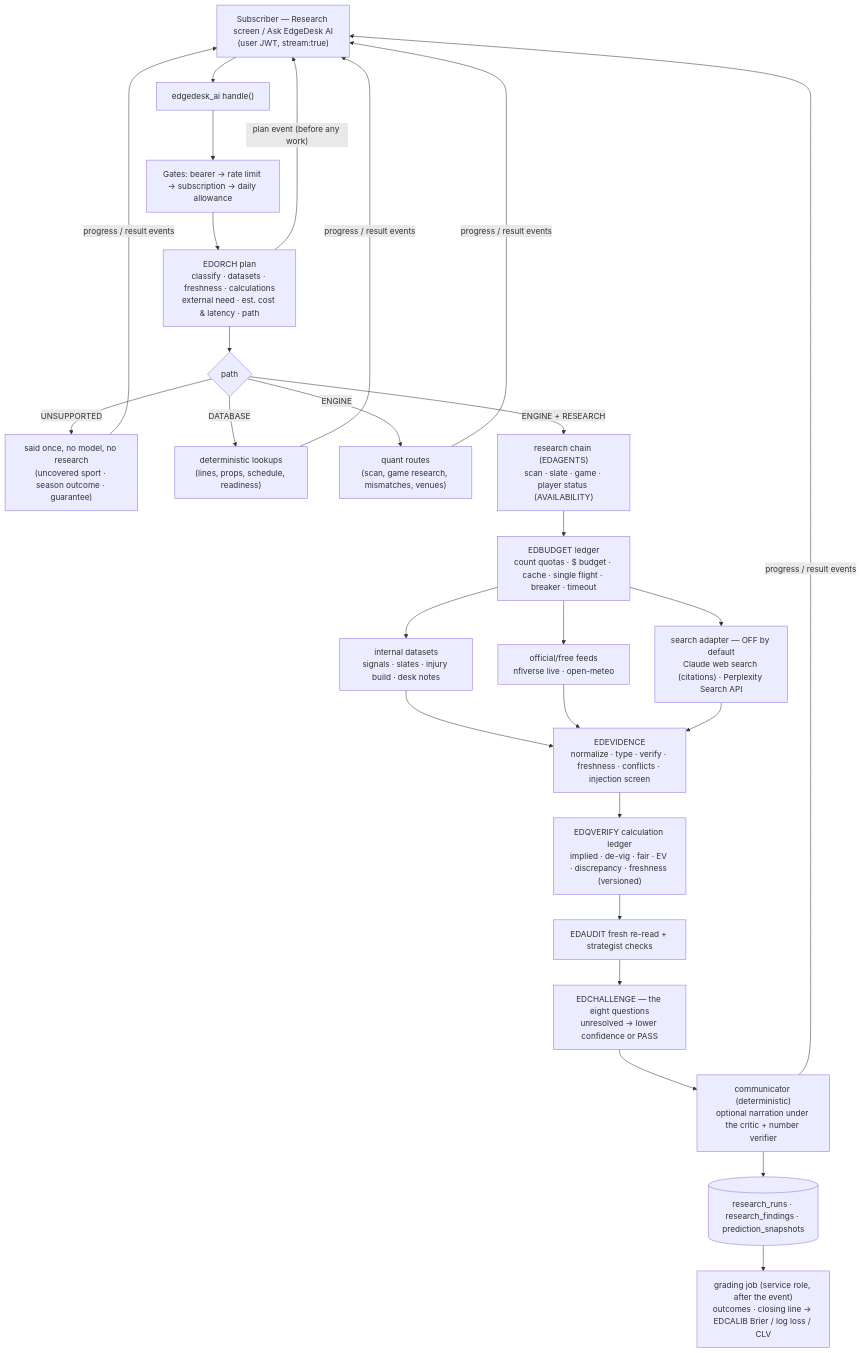
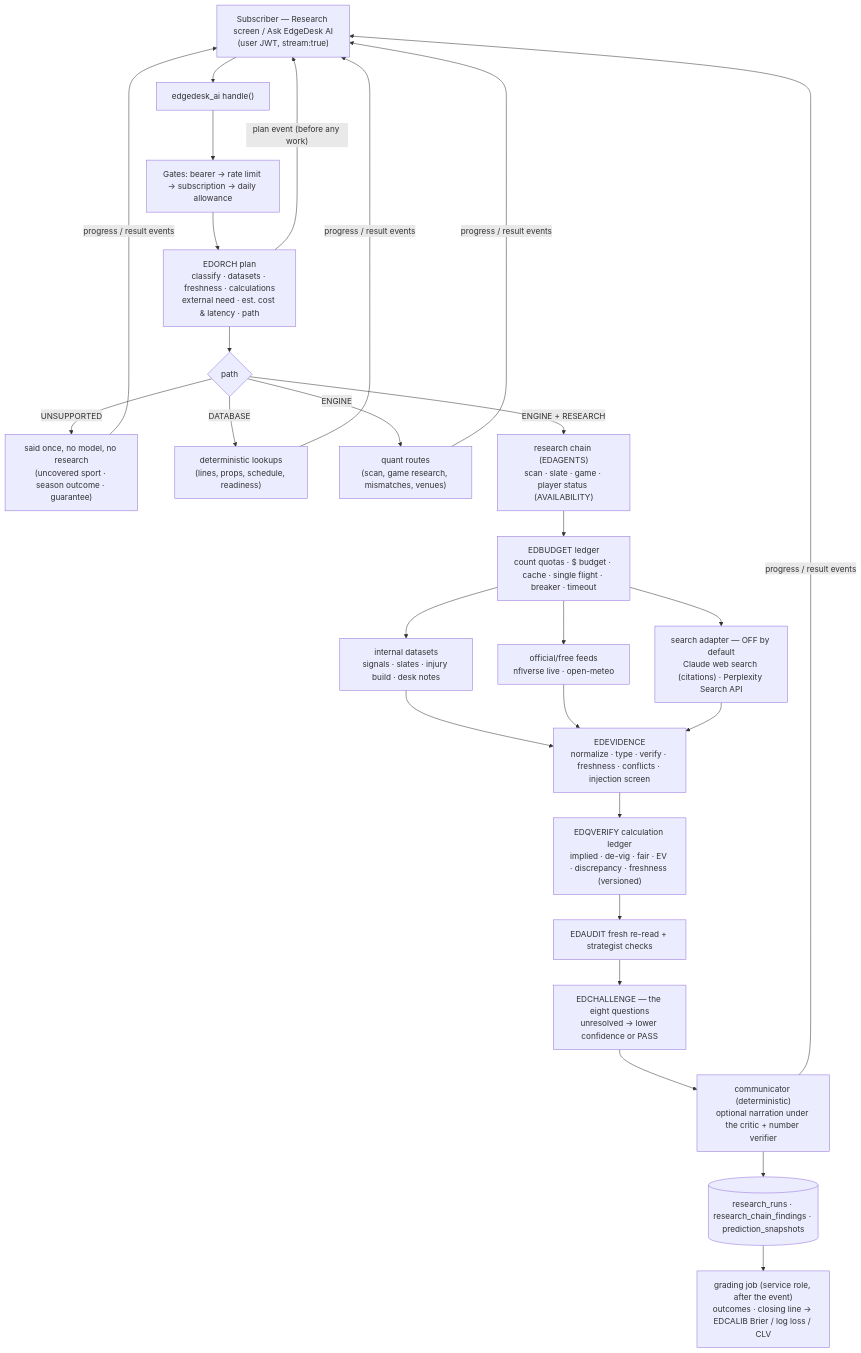
The diagram in docs/research-engine/ARCHITECTURE.md (dsrackler17/EdgeDeskSports), drawn with Mermaid before and after one commit. The commit also changed other lines of this file and 11 other files, not shown here.

````diff
--- a/docs/research-engine/ARCHITECTURE.md
+++ b/docs/research-engine/ARCHITECTURE.md
@@ -78,24 +78,24 @@
 ```mermaid
 flowchart TD
   U["Subscriber — Research screen / Ask EdgeDesk AI<br/>(user JWT, stream:true)"] --> H["edgedesk_ai handle()"]
   H --> G["Gates: bearer → rate limit → subscription → daily allowance"]
   G --> O["EDORCH plan<br/>classify · datasets · freshness · calculations<br/>external need · est. cost & latency · path"]
   O -- "plan event (before any work)" --> U
   O --> P{path}
   P -- UNSUPPORTED --> X["said once, no model, no research<br/>(uncovered sport · season outcome · guarantee)"]
   P -- DATABASE --> D["deterministic lookups<br/>(lines, props, schedule, readiness)"]
   P -- ENGINE --> E["quant routes<br/>(scan, game research, mismatches, venues)"]
   P -- "ENGINE + RESEARCH" --> R["research chain (EDAGENTS)<br/>scan · slate · game · player status (AVAILABILITY)"]
   R --> L["EDBUDGET ledger<br/>count quotas · $ budget · cache · single flight · breaker · timeout"]
   L --> S1["internal datasets<br/>signals · slates · injury build · desk notes"]
   L --> S2["official/free feeds<br/>nflverse live · open-meteo"]
   L --> S3["search adapter — OFF by default<br/>Claude web search (citations) · Perplexity Search API"]
   S1 & S2 & S3 --> EV["EDEVIDENCE<br/>normalize · type · verify · freshness · conflicts · injection screen"]
   EV --> Q["EDQVERIFY calculation ledger<br/>implied · de-vig · fair · EV · discrepancy · freshness (versioned)"]
   Q --> A["EDAUDIT fresh re-read + strategist checks"]
   A --> C["EDCHALLENGE — the eight questions<br/>unresolved → lower confidence or PASS"]
   C --> N["communicator (deterministic)<br/>optional narration under the critic + number verifier"]
   D & E & N & X -- "progress / result events" --> U
-  N --> M[("research_runs · research_findings · prediction_snapshots")]
+  N --> M[("research_runs · research_chain_findings · prediction_snapshots")]
   M --> J["grading job (service role, after the event)<br/>outcomes · closing line → EDCALIB Brier / log loss / CLV"]
 ```
````
